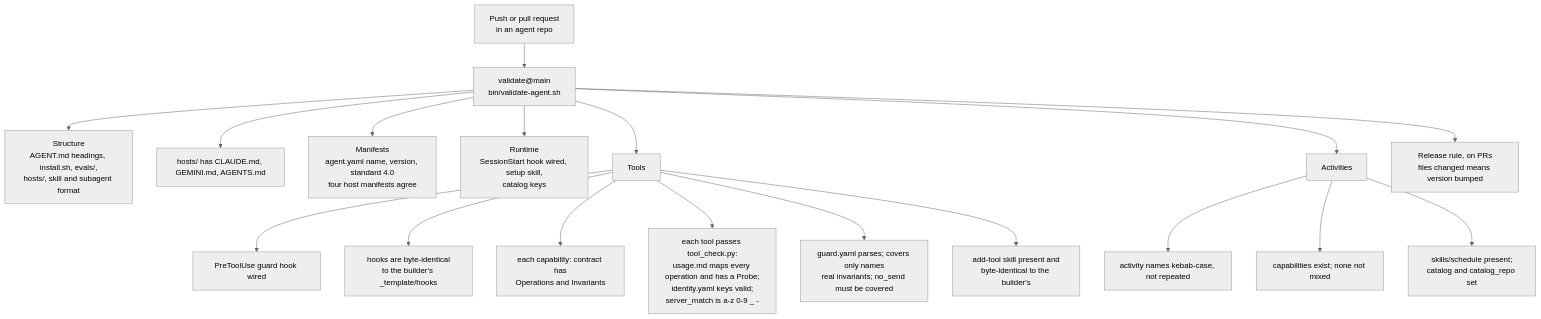
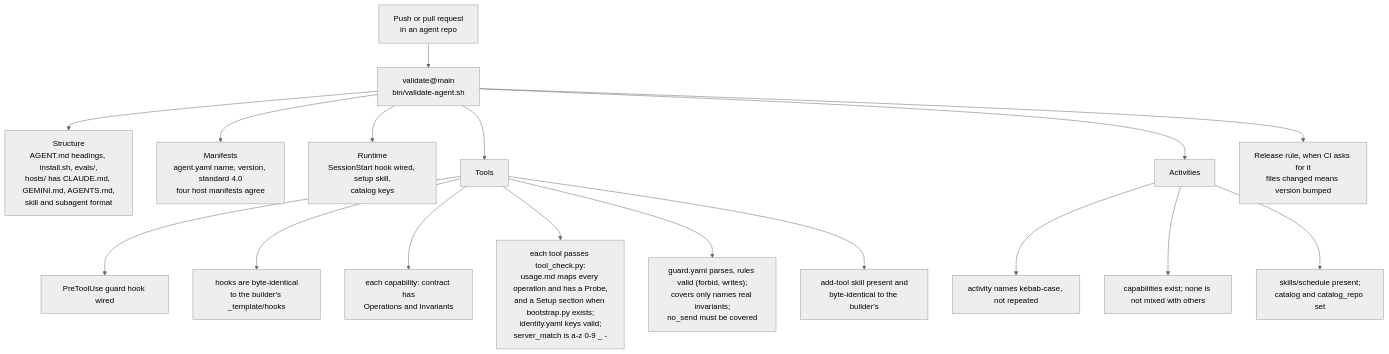
One commit to webspenser/agent-builder changed the second of 6 diagrams in docs/how-it-works.md. Above: the diagram before and after it, drawn with Mermaid (neutral theme). The commit also changed other lines of this file, not shown here.

Commit message:
docs: how-it-works matches 4.0 and the HubSpot tool

````diff
--- a/docs/how-it-works.md
+++ b/docs/how-it-works.md
@@ -128,20 +166,19 @@
 ```mermaid
 flowchart TD
   S["Push or pull request<br/>in an agent repo"] --> V["validate@main<br/>bin/validate-agent.sh"]
-  V --> ST["Structure<br/>AGENT.md headings, install.sh, evals/,<br/>hosts/, skill and subagent format"]
-  V --> HO["hosts/ has CLAUDE.md, GEMINI.md, AGENTS.md"]
+  V --> ST["Structure<br/>AGENT.md headings, install.sh, evals/,<br/>hosts/ has CLAUDE.md, GEMINI.md, AGENTS.md,<br/>skill and subagent format"]
   V --> MF["Manifests<br/>agent.yaml name, version, standard 4.0<br/>four host manifests agree"]
   V --> RT["Runtime<br/>SessionStart hook wired, setup skill,<br/>catalog keys"]
   V --> TL["Tools"]
   V --> AC["Activities"]
-  V --> BU["Release rule, on PRs<br/>files changed means version bumped"]
+  V --> BU["Release rule, when CI asks for it<br/>files changed means version bumped"]
   TL --> T1["PreToolUse guard hook wired"]
   TL --> T2["hooks are byte-identical<br/>to the builder's _template/hooks"]
   TL --> T3["each capability: contract has<br/>Operations and Invariants"]
-  TL --> T4["each tool passes tool_check.py:<br/>usage.md maps every operation and has a Probe;<br/>identity.yaml keys valid;<br/>server_match is a-z 0-9 _ -"]
-  TL --> T5["guard.yaml parses; covers only names<br/>real invariants; no_send must be covered"]
+  TL --> T4["each tool passes tool_check.py:<br/>usage.md maps every operation and has a Probe,<br/>and a Setup section when bootstrap.py exists;<br/>identity.yaml keys valid;<br/>server_match is a-z 0-9 _ -"]
+  TL --> T5["guard.yaml parses, rules valid (forbid, writes);<br/>covers only names real invariants;<br/>no_send must be covered"]
   TL --> T6["add-tool skill present and<br/>byte-identical to the builder's"]
   AC --> A1["activity names kebab-case, not repeated"]
-  AC --> A2["capabilities exist; none not mixed"]
+  AC --> A2["capabilities exist; none is not mixed with others"]
   AC --> A3["skills/schedule present;<br/>catalog and catalog_repo set"]
 ```
````
